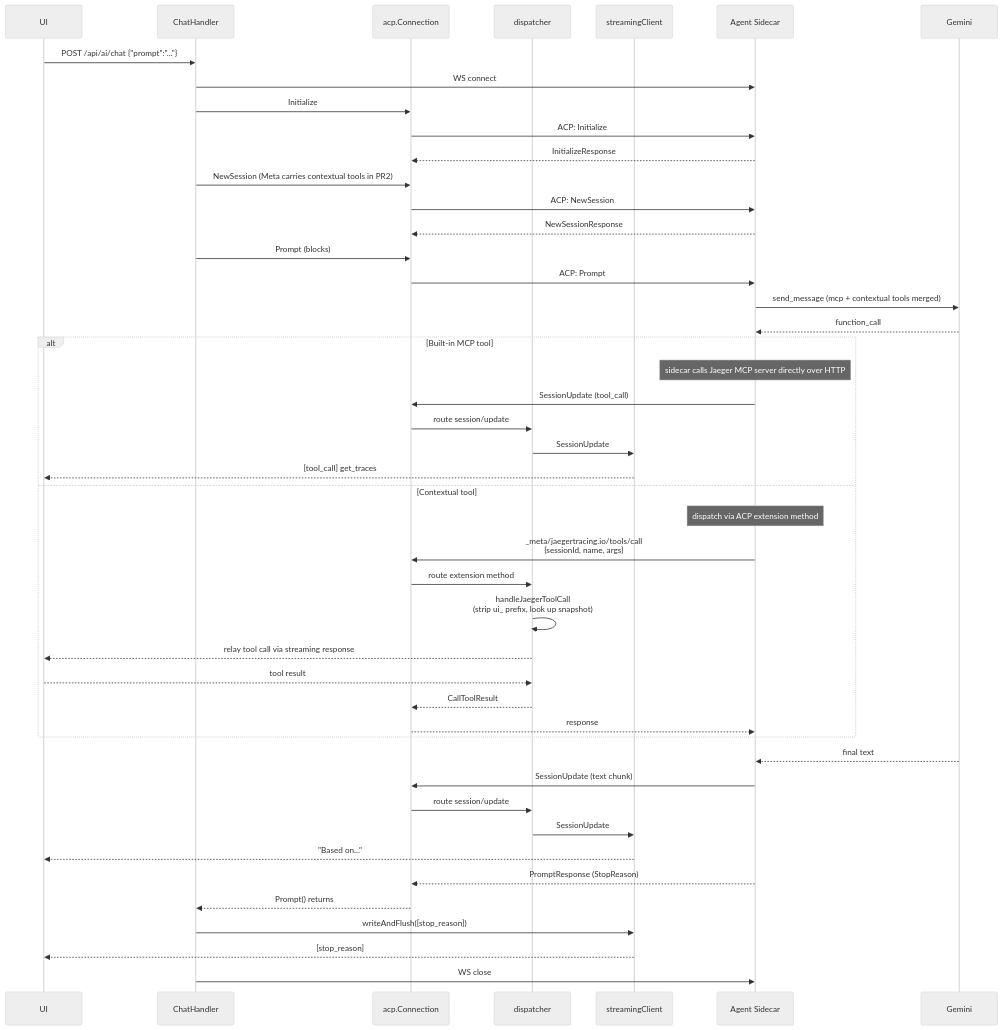
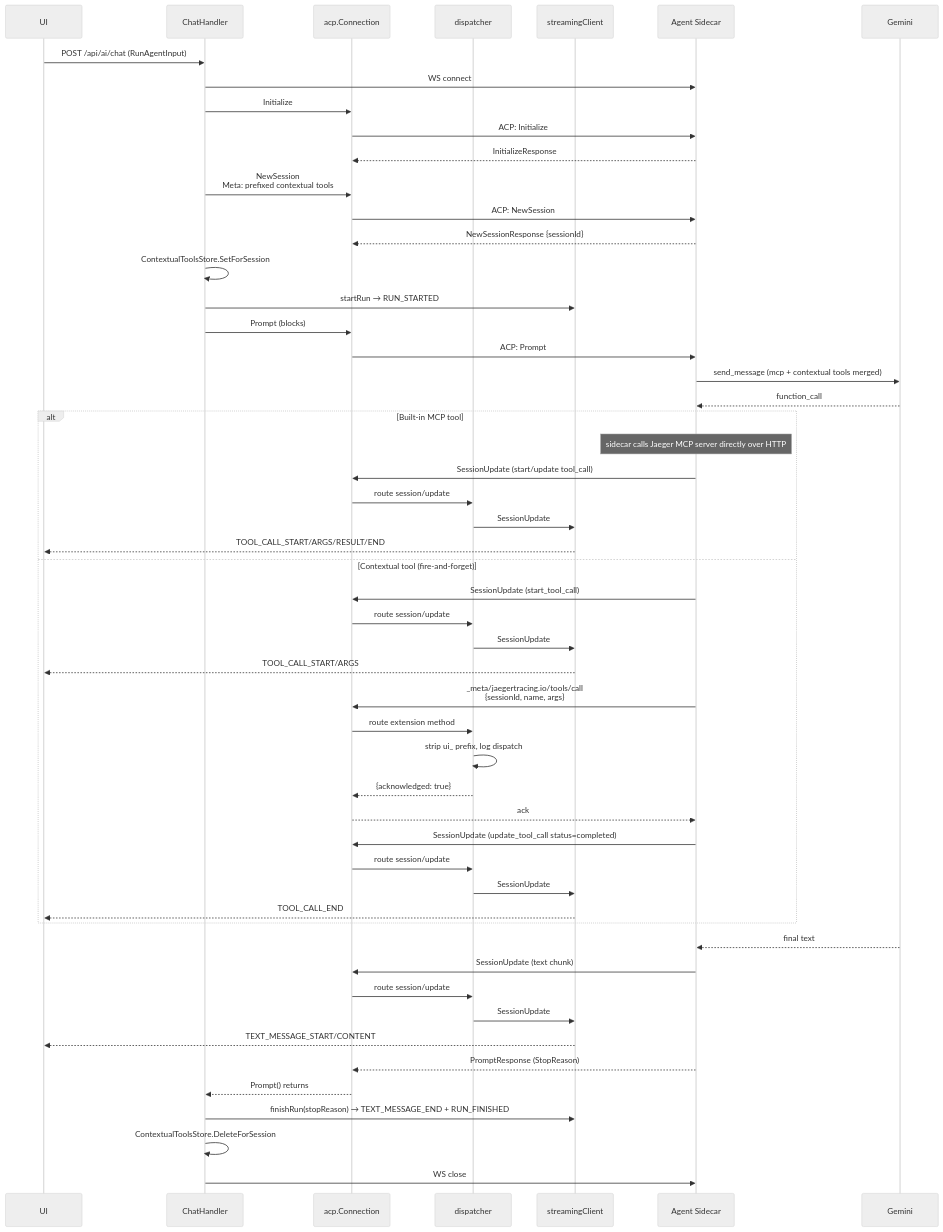
The second of 2 diagrams in cmd/jaeger/internal/extension/jaegerquery/internal/jaegerai/README.md (jaegertracing/jaeger), drawn with Mermaid (neutral theme) before and after one commit. The commit also changed other lines of this file and 13 other files, not shown here.

````diff
--- a/cmd/jaeger/internal/extension/jaegerquery/internal/jaegerai/README.md
+++ b/cmd/jaeger/internal/extension/jaegerquery/internal/jaegerai/README.md
@@ -118,53 +149,59 @@
 ```mermaid
 sequenceDiagram
     participant UI
     participant ChatHandler
     participant acpConn as acp.Connection
     participant DSP as dispatcher
     participant SC as streamingClient
     participant Sidecar as Agent Sidecar
     participant Gemini
 
-    UI->>ChatHandler: POST /api/ai/chat {"prompt":"..."}
+    UI->>ChatHandler: POST /api/ai/chat (RunAgentInput)
     ChatHandler->>Sidecar: WS connect
     ChatHandler->>acpConn: Initialize
     acpConn->>Sidecar: ACP: Initialize
     Sidecar-->>acpConn: InitializeResponse
-    ChatHandler->>acpConn: NewSession (Meta carries contextual tools in PR2)
+    ChatHandler->>acpConn: NewSession<br>Meta: prefixed contextual tools
     acpConn->>Sidecar: ACP: NewSession
-    Sidecar-->>acpConn: NewSessionResponse
+    Sidecar-->>acpConn: NewSessionResponse {sessionId}
+    ChatHandler->>ChatHandler: ContextualToolsStore.SetForSession
+    ChatHandler->>SC: startRun → RUN_STARTED
     ChatHandler->>acpConn: Prompt (blocks)
     acpConn->>Sidecar: ACP: Prompt
 
     Sidecar->>Gemini: send_message (mcp + contextual tools merged)
     Gemini-->>Sidecar: function_call
 
     alt Built-in MCP tool
         Note over Sidecar: sidecar calls Jaeger MCP server directly over HTTP
-        Sidecar->>acpConn: SessionUpdate (tool_call)
+        Sidecar->>acpConn: SessionUpdate (start/update tool_call)
         acpConn->>DSP: route session/update
         DSP->>SC: SessionUpdate
-        SC-->>UI: [tool_call] get_traces
-    else Contextual tool
-        Note over Sidecar: dispatch via ACP extension method
+        SC-->>UI: TOOL_CALL_START/ARGS/RESULT/END
+    else Contextual tool (fire-and-forget)
+        Sidecar->>acpConn: SessionUpdate (start_tool_call)
+        acpConn->>DSP: route session/update
+        DSP->>SC: SessionUpdate
+        SC-->>UI: TOOL_CALL_START/ARGS
         Sidecar->>acpConn: _meta/jaegertracing.io/tools/call<br>{sessionId, name, args}
         acpConn->>DSP: route extension method
-        DSP->>DSP: handleJaegerToolCall<br>(strip ui_ prefix, look up snapshot)
-        DSP-->>UI: relay tool call via streaming response
-        UI-->>DSP: tool result
-        DSP-->>acpConn: CallToolResult
-        acpConn-->>Sidecar: response
+        DSP->>DSP: strip ui_ prefix, log dispatch
+        DSP-->>acpConn: {acknowledged: true}
+        acpConn-->>Sidecar: ack
+        Sidecar->>acpConn: SessionUpdate (update_tool_call status=completed)
+        acpConn->>DSP: route session/update
+        DSP->>SC: SessionUpdate
+        SC-->>UI: TOOL_CALL_END
     end
 
     Gemini-->>Sidecar: final text
     Sidecar->>acpConn: SessionUpdate (text chunk)
     acpConn->>DSP: route session/update
     DSP->>SC: SessionUpdate
-    SC-->>UI: "Based on..."
-
+    SC-->>UI: TEXT_MESSAGE_START/CONTENT
     Sidecar-->>acpConn: PromptResponse (StopReason)
     acpConn-->>ChatHandler: Prompt() returns
-    ChatHandler->>SC: writeAndFlush([stop_reason])
-    SC-->>UI: [stop_reason]
+    ChatHandler->>SC: finishRun(stopReason) → TEXT_MESSAGE_END + RUN_FINISHED
+    ChatHandler->>ChatHandler: ContextualToolsStore.DeleteForSession
     ChatHandler->>Sidecar: WS close
 ```
````
